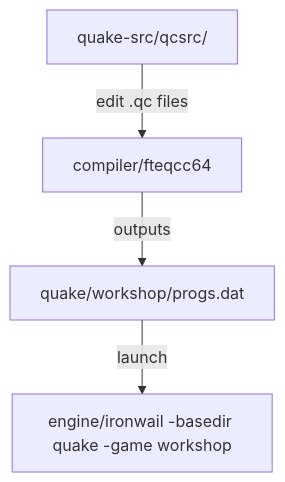
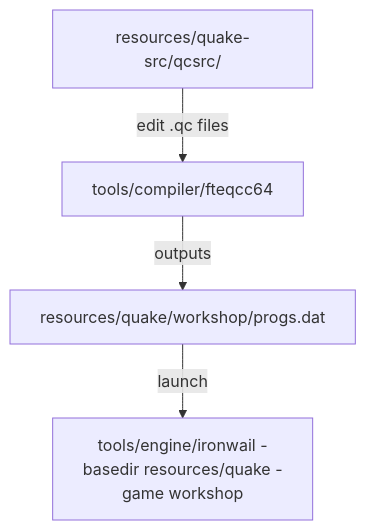
One commit to etna-alternance/workshop-vrg changed the diagram in guides/gameplay/README.md. Above: the diagram before and after it, drawn with Mermaid. The commit also changed other lines of this file and 6 other files, not shown here.

Commit message:
fix: update prerequisites and guide paths for tools/ and resources/ restructure

````diff
--- a/guides/gameplay/README.md
+++ b/guides/gameplay/README.md
@@ -9,6 +9,6 @@
 ```mermaid
 flowchart TD
-    A["quake-src/qcsrc/"] -->|edit .qc files| B["compiler/fteqcc64"]
-    B -->|outputs| C["quake/workshop/progs.dat"]
-    C -->|launch| D["engine/ironwail -basedir quake -game workshop"]
+    A["resources/quake-src/qcsrc/"] -->|edit .qc files| B["tools/compiler/fteqcc64"]
+    B -->|outputs| C["resources/quake/workshop/progs.dat"]
+    C -->|launch| D["tools/engine/ironwail -basedir resources/quake -game workshop"]
 ```
````
